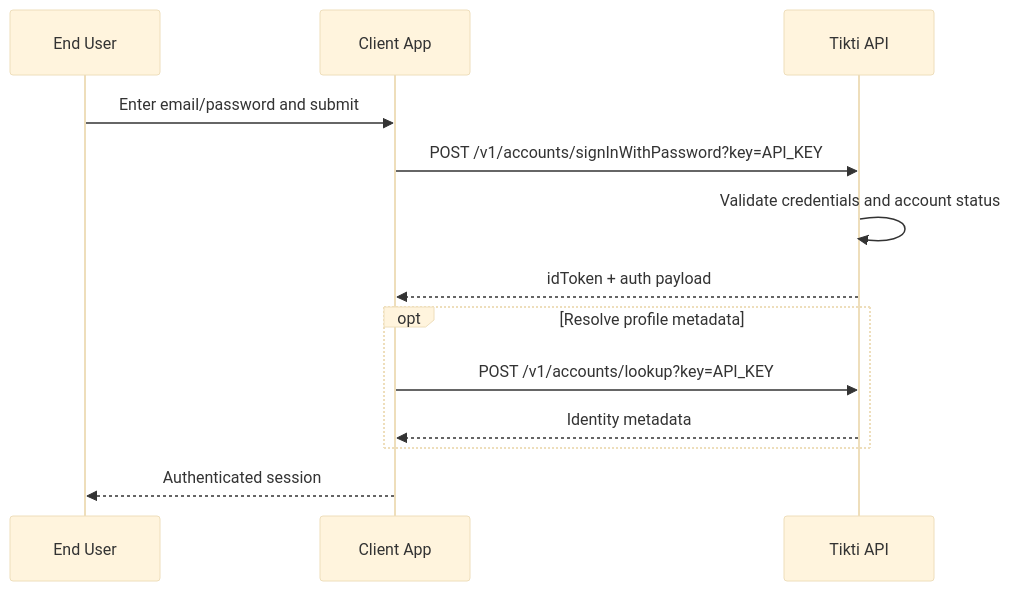
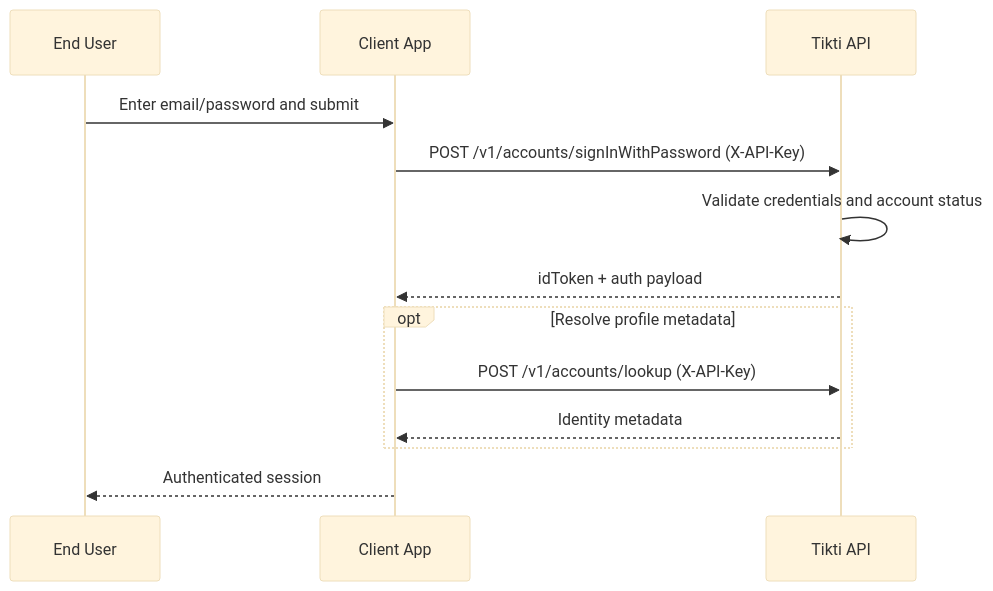
The diagram in wiki/Use-Cases-Password-Sign-In.md (osvaldoandrade/tikti), drawn with Mermaid (base theme) before and after one commit. The commit also changed other lines of this file and 28 other files, not shown here.

````diff
--- a/wiki/Use-Cases-Password-Sign-In.md
+++ b/wiki/Use-Cases-Password-Sign-In.md
@@ -25,16 +25,16 @@
 ```mermaid
 sequenceDiagram
     participant U as End User
     participant F as Client App
     participant T as Tikti API
 
     U->>F: Enter email/password and submit
-    F->>T: POST /v1/accounts/signInWithPassword?key=API_KEY
+    F->>T: POST /v1/accounts/signInWithPassword (X-API-Key)
     T->>T: Validate credentials and account status
     T-->>F: idToken + auth payload
     opt Resolve profile metadata
-        F->>T: POST /v1/accounts/lookup?key=API_KEY
+        F->>T: POST /v1/accounts/lookup (X-API-Key)
         T-->>F: Identity metadata
     end
     F-->>U: Authenticated session
 ```
````
